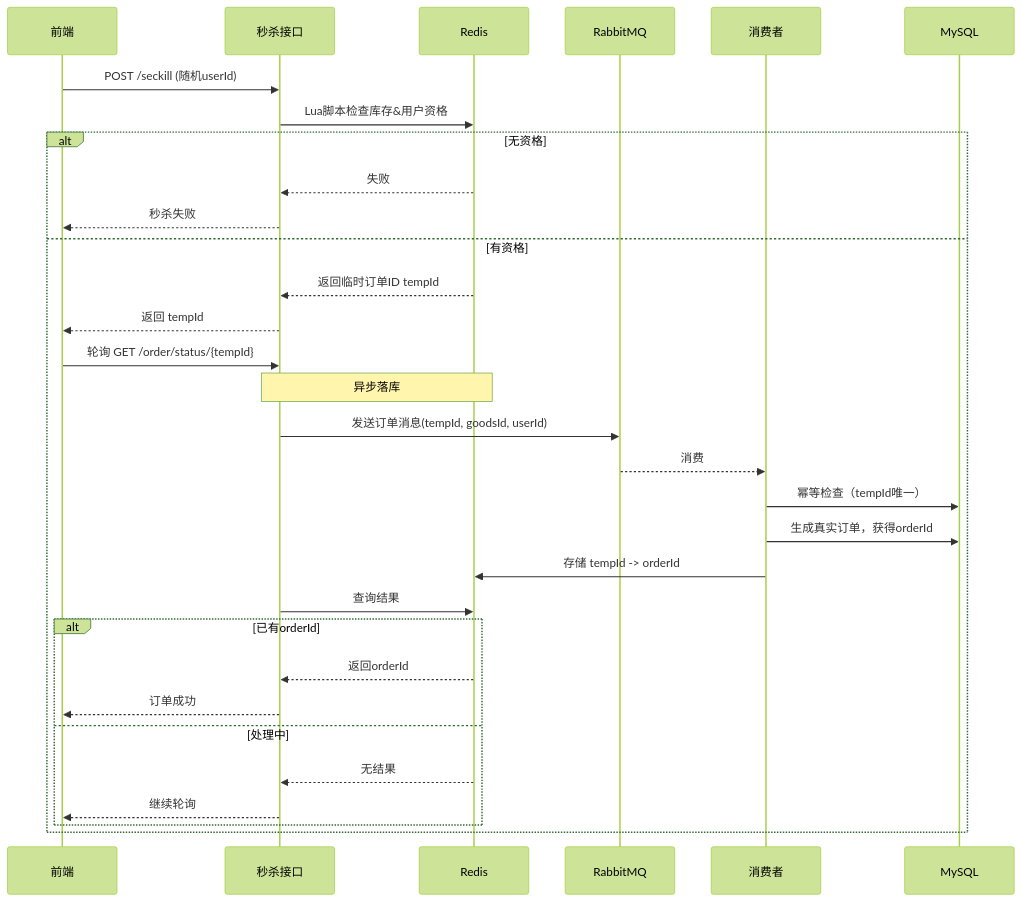
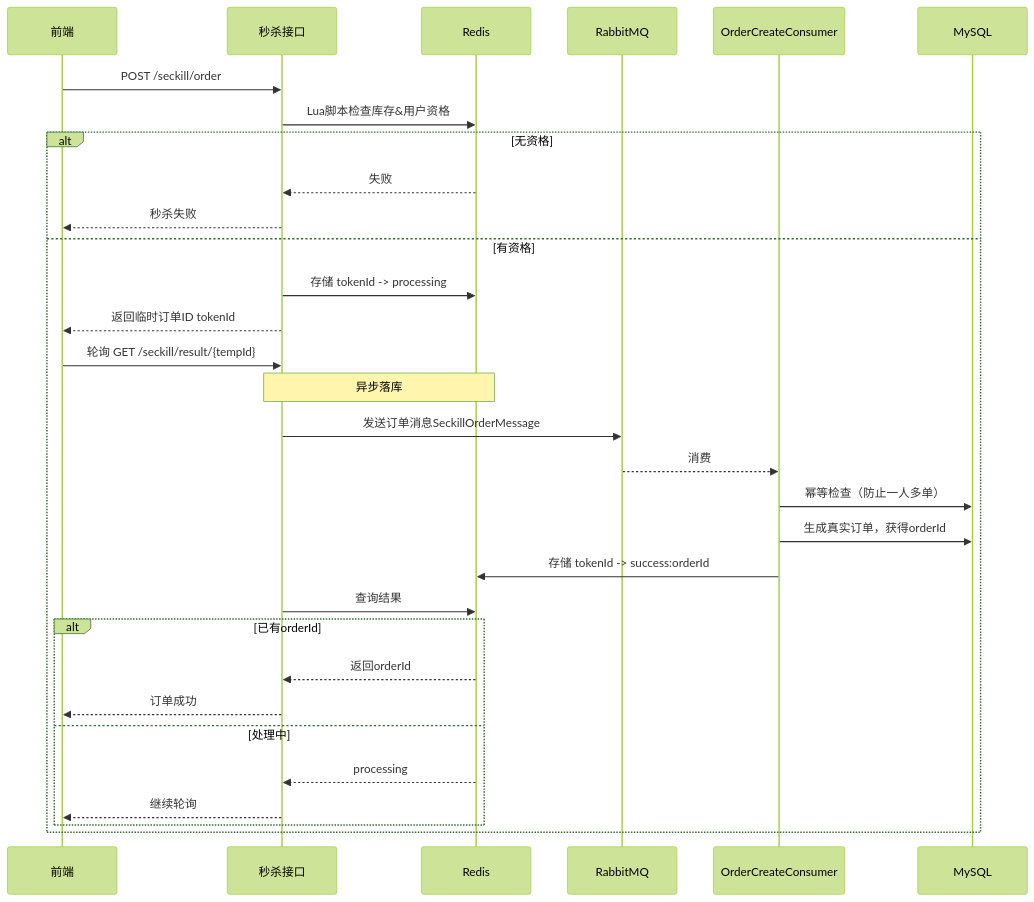
One commit to LongTouDaxia/longtou-plus changed the first of 2 diagrams in README.md. Above: the diagram before and after it, drawn with Mermaid (forest theme). The commit also changed other lines of this file, not shown here.

````diff
--- a/README.md
+++ b/README.md
@@ -35,34 +32,34 @@
 ```mermaid
 sequenceDiagram
     participant User as 前端
     participant API as 秒杀接口
     participant Redis as Redis
     participant MQ as RabbitMQ
-    participant Consumer as 消费者
+    participant Consumer as OrderCreateConsumer
     participant DB as MySQL
 
-    User->>API: POST /seckill (随机userId)
+    User->>API: POST /seckill/order
     API->>Redis: Lua脚本检查库存&用户资格
     alt 无资格
         Redis-->>API: 失败
         API-->>User: 秒杀失败
     else 有资格
-        Redis-->>API: 返回临时订单ID tempId
-        API-->>User: 返回 tempId
-        User->>API: 轮询 GET /order/status/{tempId}
+        API->>Redis: 存储 tokenId -> processing
+        API-->>User: 返回临时订单ID tokenId
+        User->>API: 轮询 GET /seckill/result/{tempId}
         Note over API,Redis: 异步落库
-        API->>MQ: 发送订单消息(tempId, goodsId, userId)
+        API->>MQ: 发送订单消息SeckillOrderMessage
         MQ-->>Consumer: 消费
-        Consumer->>DB: 幂等检查（tempId唯一）
+        Consumer->>DB: 幂等检查（防止一人多单）
         Consumer->>DB: 生成真实订单，获得orderId
-        Consumer->>Redis: 存储 tempId -> orderId
+        Consumer->>Redis: 存储 tokenId -> success:orderId
         API->>Redis: 查询结果
         alt 已有orderId
             Redis-->>API: 返回orderId
             API-->>User: 订单成功
         else 处理中
-            Redis-->>API: 无结果
+            Redis-->>API: processing
             API-->>User: 继续轮询
         end
     end
 ```
````
